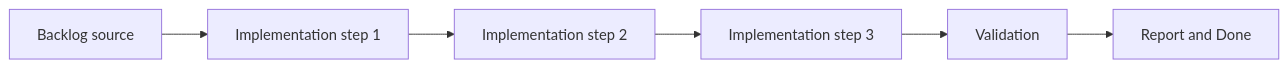
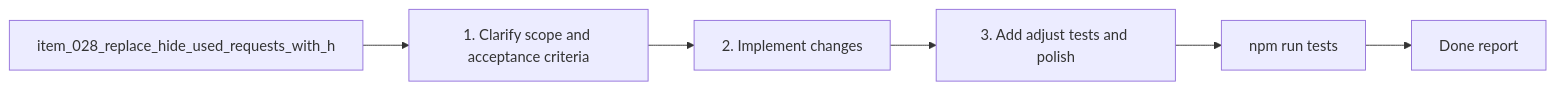
Before and after one commit to AlexAgo83/logics-manager: the diagram in logics/tasks/task_022_replace_hide_used_requests_with_hide_processed_requests_semantics.md, drawn with Mermaid. The commit also changed other lines of this file and 481 other files, not shown here.

````diff
--- a/logics/tasks/task_022_replace_hide_used_requests_with_hide_processed_requests_semantics.md
+++ b/logics/tasks/task_022_replace_hide_used_requests_with_hide_processed_requests_semantics.md
@@ -16,9 +17,10 @@
 ```mermaid
+%% logics-kind: task
 %% logics-signature: task|replace-hide-used-requests-with-hide-pro|item-028-replace-hide-used-requests-with|1-clarify-scope-and-acceptance-criteria|npm-run-tests
 flowchart LR
-    Backlog[Backlog source] --> Step1[Implementation step 1]
-    Step1 --> Step2[Implementation step 2]
-    Step2 --> Step3[Implementation step 3]
-    Step3 --> Validation[Validation]
-    Validation --> Report[Report and Done]
+    Backlog[item_028_replace_hide_used_requests_with_h] --> Step1[1. Clarify scope and acceptance criteria]
+    Step1 --> Step2[2. Implement changes]
+    Step2 --> Step3[3. Add adjust tests and polish]
+    Step3 --> Validation[npm run tests]
+    Validation --> Report[Done report]
 ```
````
